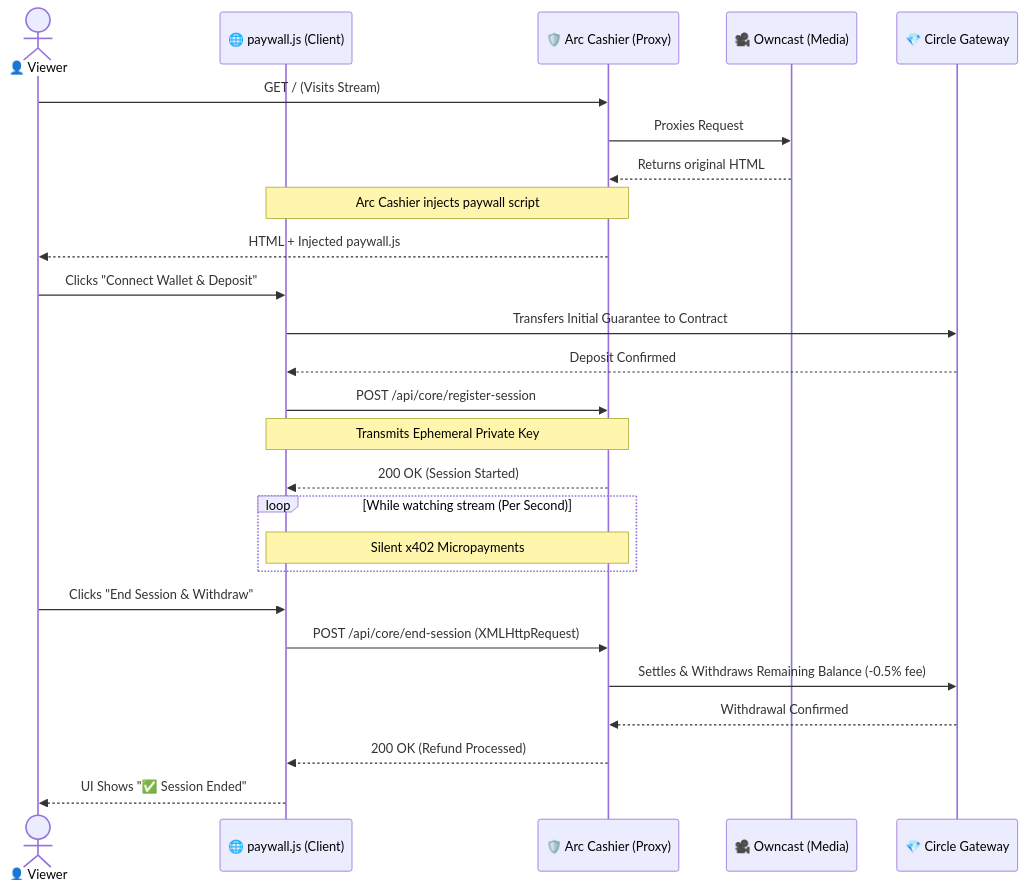
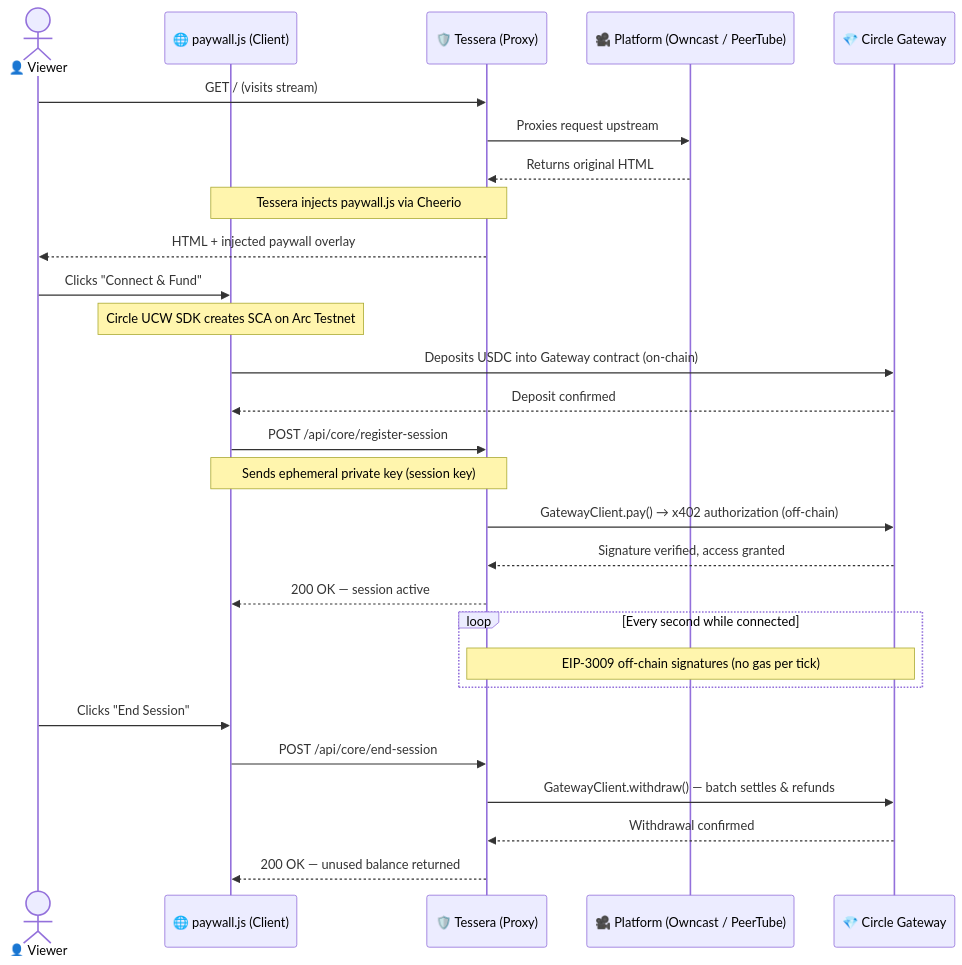
Before and after one commit to JaDi03/-Arc-Cashier: the diagram in README.md, drawn with Mermaid. The commit also changed other lines of this file and 3 other files, not shown here.

````diff
--- a/README.md
+++ b/README.md
@@ -43,38 +43,40 @@
 ```mermaid
 sequenceDiagram
     actor Viewer as 👤 Viewer
     participant Browser as 🌐 paywall.js (Client)
-    participant Cashier as 🛡️ Arc Cashier (Proxy)
-    participant Owncast as 🎥 Owncast (Media)
+    participant Tessera as 🛡️ Tessera (Proxy)
+    participant Platform as 🎥 Platform (Owncast / PeerTube)
     participant Gateway as 💎 Circle Gateway
 
-    %% 1. Initial Load & Injection
-    Viewer->>Cashier: GET / (Visits Stream)
-    Cashier->>Owncast: Proxies Request
-    Owncast-->>Cashier: Returns original HTML
-    Note over Cashier,Browser: Arc Cashier injects paywall script
-    Cashier-->>Viewer: HTML + Injected paywall.js
-    
-    %% 2. Deposit & Connection
-    Viewer->>Browser: Clicks "Connect Wallet & Deposit"
-    Browser->>Gateway: Transfers Initial Guarantee to Contract
-    Gateway-->>Browser: Deposit Confirmed
-    
-    %% 3. Session Registration
-    Browser->>Cashier: POST /api/core/register-session
-    Note over Browser,Cashier: Transmits Ephemeral Private Key
-    Cashier-->>Browser: 200 OK (Session Started)
-    
-    %% 4. Consumption (x402 streaming)
-    loop While watching stream (Per Second)
-        Note over Browser,Cashier: Silent x402 Micropayments
+    %% 1. Initial Load & HTML Injection
+    Viewer->>Tessera: GET / (visits stream)
+    Tessera->>Platform: Proxies request upstream
+    Platform-->>Tessera: Returns original HTML
+    Note over Tessera,Browser: Tessera injects paywall.js via Cheerio
+    Tessera-->>Viewer: HTML + injected paywall overlay
+
+    %% 2. Wallet setup & deposit
+    Viewer->>Browser: Clicks "Connect & Fund"
+    Note over Browser: Circle UCW SDK creates SCA on Arc Testnet
+    Browser->>Gateway: Deposits USDC into Gateway contract (on-chain)
+    Gateway-->>Browser: Deposit confirmed
+
+    %% 3. Session registration
+    Browser->>Tessera: POST /api/core/register-session
+    Note over Browser,Tessera: Sends ephemeral private key (session key)
+    Tessera->>Gateway: GatewayClient.pay() → x402 authorization (off-chain)
+    Gateway-->>Tessera: Signature verified, access granted
+    Tessera-->>Browser: 200 OK — session active
+
+    %% 4. Per-second billing (off-chain)
+    loop Every second while connected
+        Note over Tessera,Gateway: EIP-3009 off-chain signatures (no gas per tick)
     end
-    
-    %% 5. Withdrawal & End
-    Viewer->>Browser: Clicks "End Session & Withdraw"
-    Browser->>Cashier: POST /api/core/end-session (XMLHttpRequest)
-    Cashier->>Gateway: Settles & Withdraws Remaining Balance (-0.5% fee)
-    Gateway-->>Cashier: Withdrawal Confirmed
-    Cashier-->>Browser: 200 OK (Refund Processed)
-    Browser-->>Viewer: UI Shows "✅ Session Ended"
+
+    %% 5. End session & refund
+    Viewer->>Browser: Clicks "End Session"
+    Browser->>Tessera: POST /api/core/end-session
+    Tessera->>Gateway: GatewayClient.withdraw() — batch settles & refunds
+    Gateway-->>Tessera: Withdrawal confirmed
+    Tessera-->>Browser: 200 OK — unused balance returned
 ```
````
